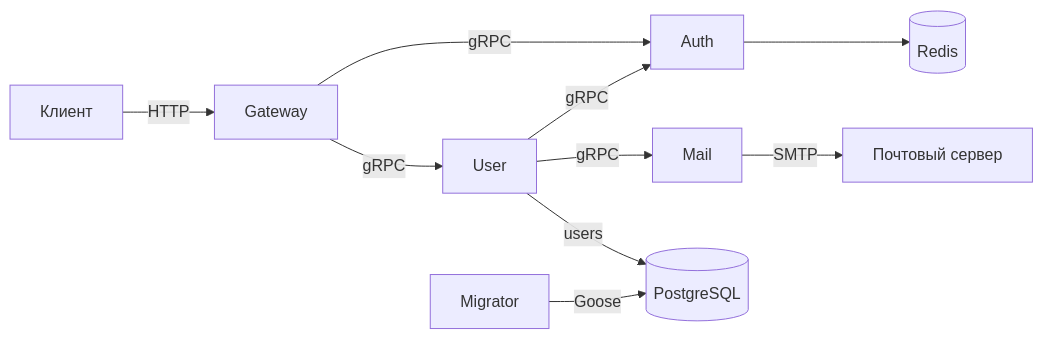
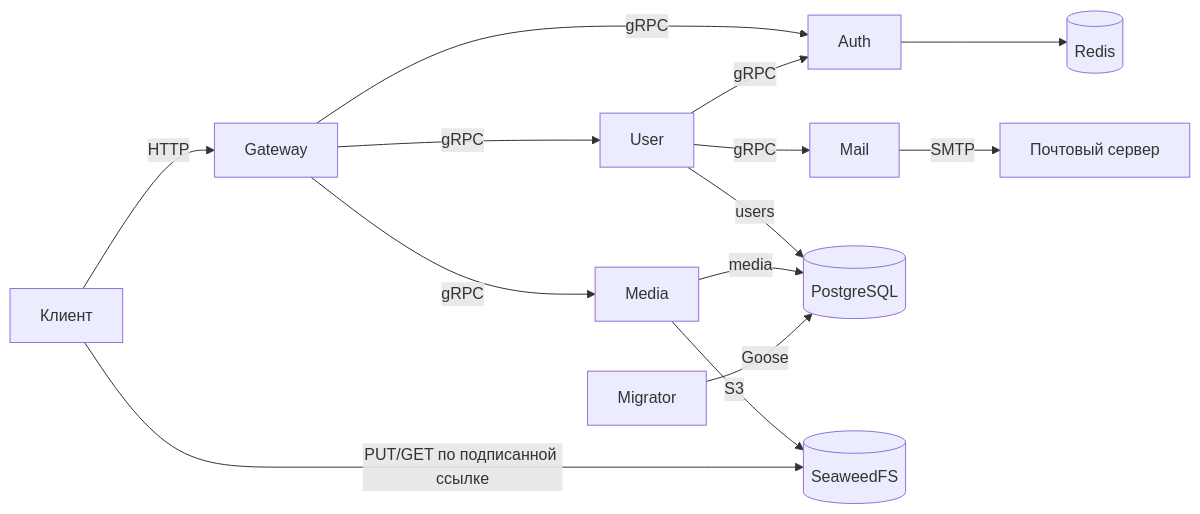
One commit to HSE-Scientists-Team/matchlab-backend changed the second of 2 diagrams in README.md. Above: the diagram before and after it, drawn with Mermaid. The commit also changed other lines of this file and 46 other files, not shown here.

````diff
--- a/README.md
+++ b/README.md
@@ -46,12 +47,16 @@
 ```mermaid
 flowchart LR
     Client[Клиент] -->|HTTP| Gateway
     Gateway -->|gRPC| User
     Gateway -->|gRPC| Auth
     User -->|gRPC| Auth
     User -->|gRPC| Mail
     User -->|users| PostgreSQL[(PostgreSQL)]
+    Media -->|media| PostgreSQL
+    Gateway -->|gRPC| Media
+    Media -->|S3| SeaweedFS[(SeaweedFS)]
+    Client -->|PUT/GET по подписанной ссылке| SeaweedFS
     Migrator[Migrator] -->|Goose| PostgreSQL
     Auth --> Redis[(Redis)]
     Mail -->|SMTP| SMTP[Почтовый сервер]
 ```
````
